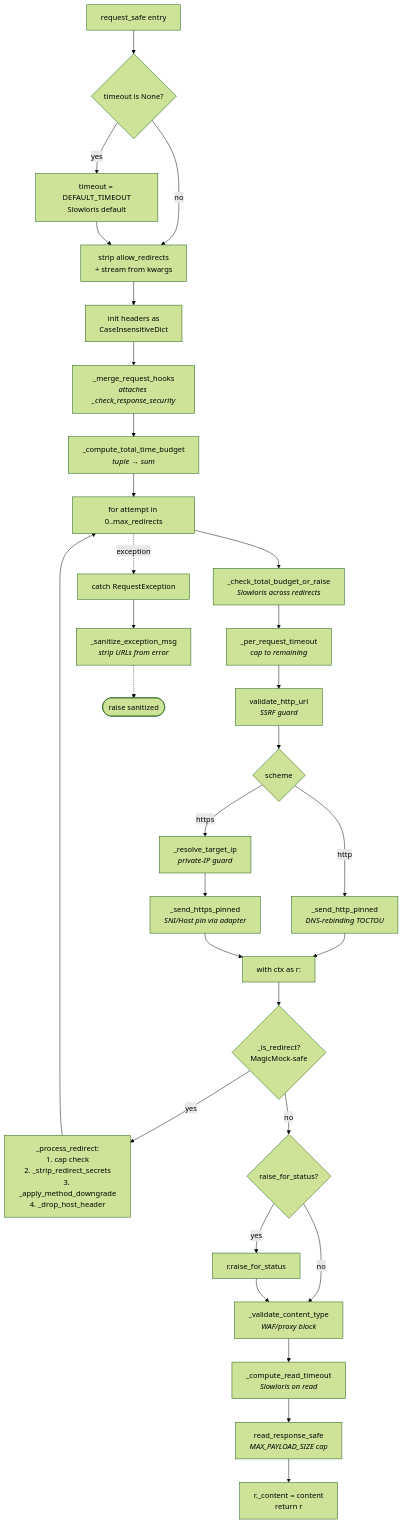
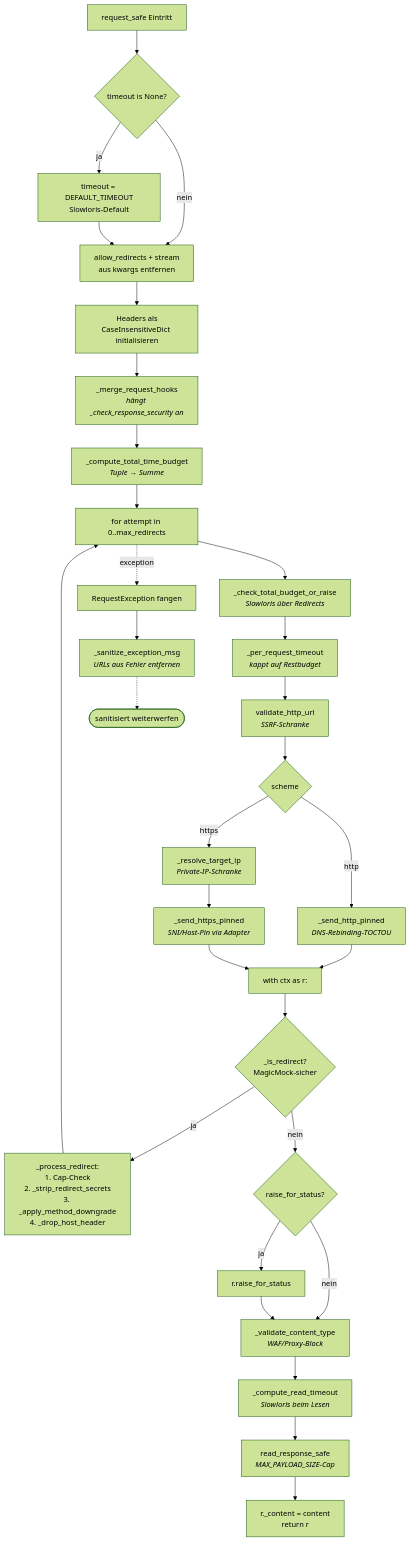
One commit to Origamihase/wien-oepnv changed the second of 6 diagrams in docs/architecture.md. Above: the diagram before and after it, drawn with Mermaid (forest theme). The commit also changed other lines of this file and 3 other files, not shown here.

````diff
--- a/docs/architecture.md
+++ b/docs/architecture.md
@@ -110,39 +113,39 @@
 ```mermaid
 flowchart TD
-    A[request_safe entry] --> B{timeout is None?}
-    B -- yes --> C[timeout = DEFAULT_TIMEOUT<br/>Slowloris default]
-    B -- no --> D[strip allow_redirects<br/>+ stream from kwargs]
+    A[request_safe Eintritt] --> B{timeout is None?}
+    B -- ja --> C[timeout = DEFAULT_TIMEOUT<br/>Slowloris-Default]
+    B -- nein --> D[allow_redirects + stream<br/>aus kwargs entfernen]
     C --> D
-    D --> E[init headers as<br/>CaseInsensitiveDict]
-    E --> F[_merge_request_hooks<br/><i>attaches _check_response_security</i>]
-    F --> G[_compute_total_time_budget<br/><i>tuple → sum</i>]
+    D --> E[Headers als<br/>CaseInsensitiveDict initialisieren]
+    E --> F[_merge_request_hooks<br/><i>hängt _check_response_security an</i>]
+    F --> G[_compute_total_time_budget<br/><i>Tuple → Summe</i>]
     G --> H[for attempt in 0..max_redirects]
 
-    H --> I[_check_total_budget_or_raise<br/><i>Slowloris across redirects</i>]
-    I --> J[_per_request_timeout<br/><i>cap to remaining</i>]
-    J --> K[validate_http_url<br/><i>SSRF guard</i>]
+    H --> I[_check_total_budget_or_raise<br/><i>Slowloris über Redirects</i>]
+    I --> J[_per_request_timeout<br/><i>kappt auf Restbudget</i>]
+    J --> K[validate_http_url<br/><i>SSRF-Schranke</i>]
     K --> L{scheme}
 
-    L -- http --> M[_send_http_pinned<br/><i>DNS-rebinding TOCTOU</i>]
-    L -- https --> N[_resolve_target_ip<br/><i>private-IP guard</i>]
-    N --> O[_send_https_pinned<br/><i>SNI/Host pin via adapter</i>]
+    L -- http --> M[_send_http_pinned<br/><i>DNS-Rebinding-TOCTOU</i>]
+    L -- https --> N[_resolve_target_ip<br/><i>Private-IP-Schranke</i>]
+    N --> O[_send_https_pinned<br/><i>SNI/Host-Pin via Adapter</i>]
 
     M --> P[with ctx as r:]
     O --> P
-    P --> Q{_is_redirect?<br/>MagicMock-safe}
+    P --> Q{_is_redirect?<br/>MagicMock-sicher}
 
-    Q -- yes --> R[_process_redirect:<br/>1. cap check<br/>2. _strip_redirect_secrets<br/>3. _apply_method_downgrade<br/>4. _drop_host_header]
+    Q -- ja --> R[_process_redirect:<br/>1. Cap-Check<br/>2. _strip_redirect_secrets<br/>3. _apply_method_downgrade<br/>4. _drop_host_header]
     R --> H
 
-    Q -- no --> S{raise_for_status?}
-    S -- yes --> T[r.raise_for_status]
-    S -- no --> U
-    T --> U[_validate_content_type<br/><i>WAF/proxy block</i>]
-    U --> V[_compute_read_timeout<br/><i>Slowloris on read</i>]
-    V --> W[read_response_safe<br/><i>MAX_PAYLOAD_SIZE cap</i>]
+    Q -- nein --> S{raise_for_status?}
+    S -- ja --> T[r.raise_for_status]
+    S -- nein --> U
+    T --> U[_validate_content_type<br/><i>WAF/Proxy-Block</i>]
+    U --> V[_compute_read_timeout<br/><i>Slowloris beim Lesen</i>]
+    V --> W[read_response_safe<br/><i>MAX_PAYLOAD_SIZE-Cap</i>]
     W --> X[r._content = content<br/>return r]
 
-    H -. exception .-> Y[catch RequestException]
-    Y --> Z[_sanitize_exception_msg<br/><i>strip URLs from error</i>]
-    Z -.-> AA([raise sanitized])
+    H -. exception .-> Y[RequestException fangen]
+    Y --> Z[_sanitize_exception_msg<br/><i>URLs aus Fehler entfernen</i>]
+    Z -.-> AA([sanitisiert weiterwerfen])
 ```
````
